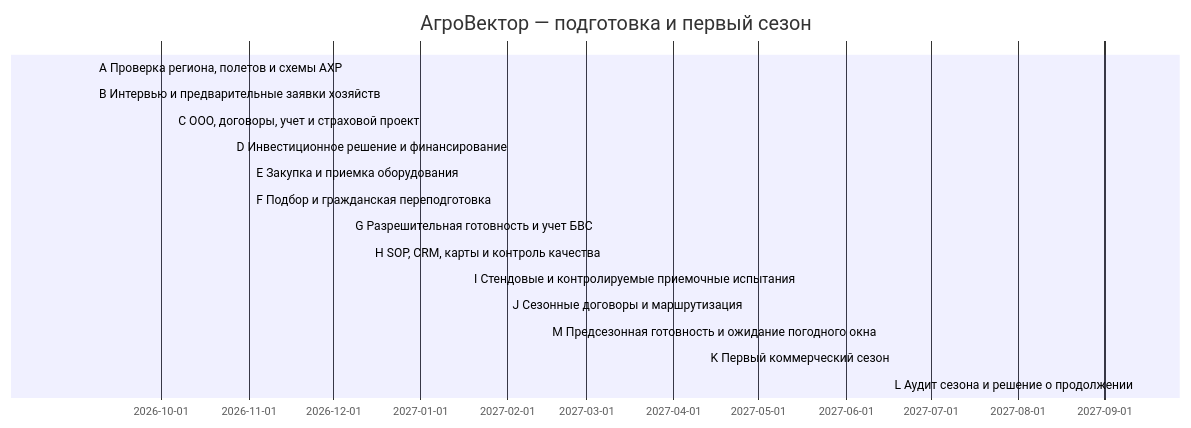
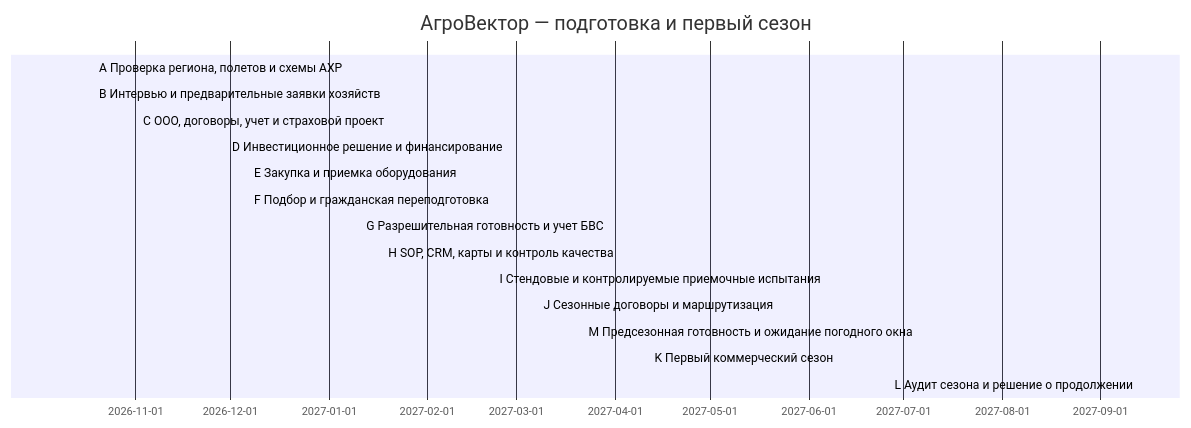
The first of 2 diagrams in docs/FINAL_BUSINESS_PLAN.md (lalka1231/spareforge-business-plan), drawn with Mermaid before and after one commit. The commit also changed other lines of this file and 21 other files, not shown here.

````diff
--- a/docs/FINAL_BUSINESS_PLAN.md
+++ b/docs/FINAL_BUSINESS_PLAN.md
@@ -363,18 +348,18 @@
 ```mermaid
 gantt
     title АгроВектор — подготовка и первый сезон
     dateFormat YYYY-MM-DD
-    A Проверка региона, полетов и схемы АХР :crit, A, 2026-09-07, 28 d
-    B Интервью и предварительные заявки хозяйств :B, 2026-09-07, 35 d
-    C ООО, договоры, учет и страховой проект :crit, C, 2026-10-05, 21 d
-    D Инвестиционное решение и финансирование :crit, D, 2026-10-26, 7 d
-    E Закупка и приемка оборудования :crit, E, 2026-11-02, 35 d
-    F Подбор и гражданская переподготовка :F, 2026-11-02, 42 d
-    G Разрешительная готовность и учет БВС :crit, G, 2026-12-07, 42 d
-    H SOP, CRM, карты и контроль качества :H, 2026-12-14, 21 d
-    I Стендовые и контролируемые приемочные испытания :crit, I, 2027-01-18, 14 d
-    J Сезонные договоры и маршрутизация :crit, J, 2027-02-01, 14 d
-    M Предсезонная готовность и ожидание погодного окна :crit, M, 2027-02-15, 56 d
+    A Проверка региона, полетов и схемы АХР :A, 2026-10-19, 14 d
+    B Интервью и предварительные заявки хозяйств :crit, B, 2026-10-19, 42 d
+    C ООО, договоры, учет и страховой проект :C, 2026-11-02, 21 d
+    D Инвестиционное решение и финансирование :crit, D, 2026-11-30, 7 d
+    E Закупка и приемка оборудования :crit, E, 2026-12-07, 35 d
+    F Подбор и гражданская переподготовка :F, 2026-12-07, 42 d
+    G Разрешительная готовность и учет БВС :crit, G, 2027-01-11, 42 d
+    H SOP, CRM, карты и контроль качества :H, 2027-01-18, 21 d
+    I Стендовые и контролируемые приемочные испытания :crit, I, 2027-02-22, 14 d
+    J Сезонные договоры и маршрутизация :crit, J, 2027-03-08, 14 d
+    M Предсезонная готовность и ожидание погодного окна :crit, M, 2027-03-22, 21 d
     K Первый коммерческий сезон :crit, K, 2027-04-12, 154 d
     L Аудит сезона и решение о продолжении :crit, L, 2027-09-13, 14 d
 ```
````
